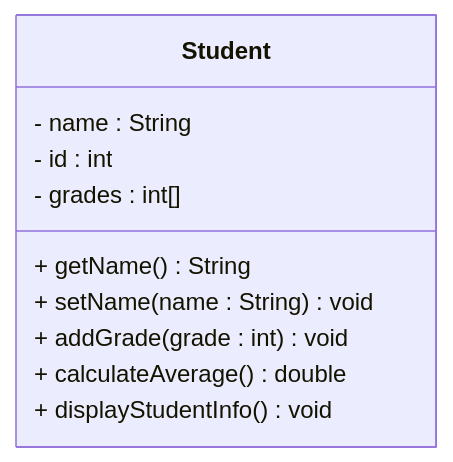
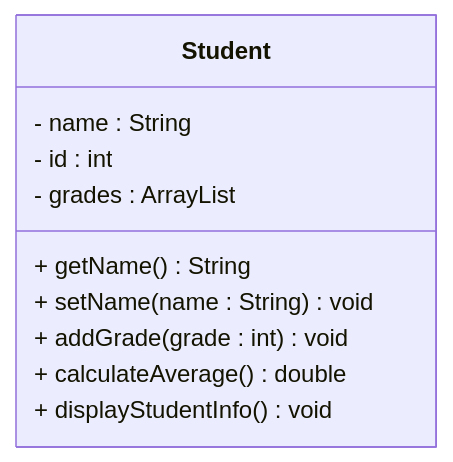
The third of 3 diagrams in Articles/Session 8 UML/008 Exercises.md (TroelsMortensen/Codelabs2), drawn with Mermaid before and after one commit.

````diff
--- a/Articles/Session 8 UML/008 Exercises.md
+++ b/Articles/Session 8 UML/008 Exercises.md
@@ -58,13 +58,13 @@
 ```mermaid
 classDiagram
 	class Student {
 		- name : String
 		- id : int
-		- grades : int[]
+		- grades : ArrayList<Integer>
 		+ getName() String
 		+ setName(name : String) void
 		+ addGrade(grade : int) void
 		+ calculateAverage() double
 		+ displayStudentInfo() void
 	}
 ```
````
